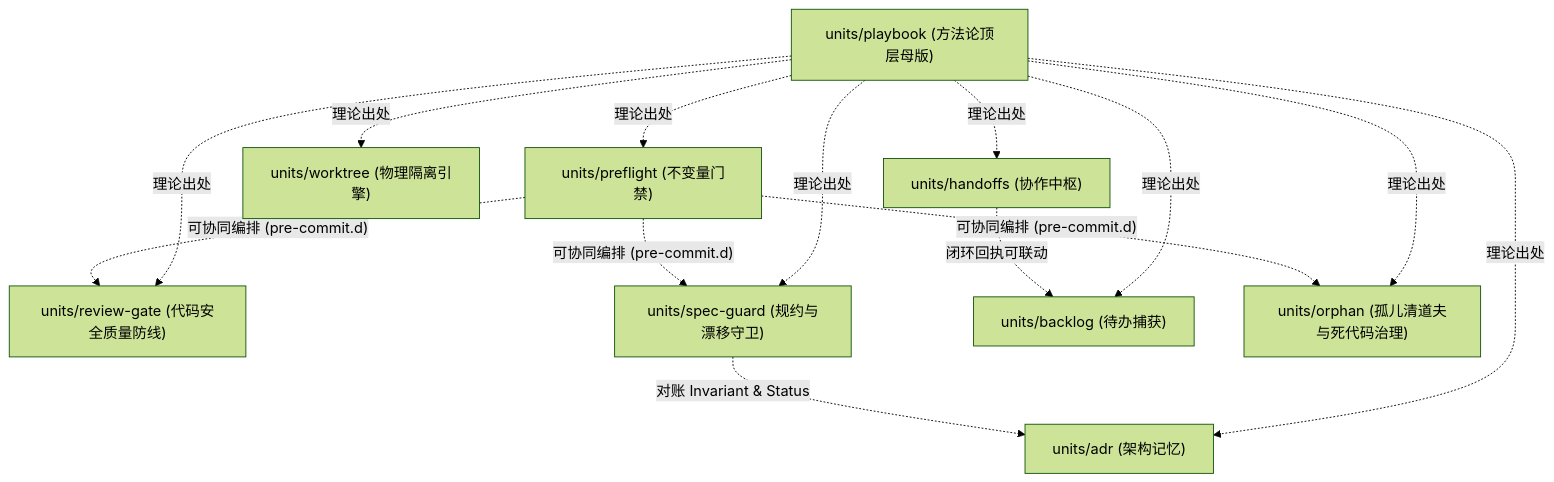
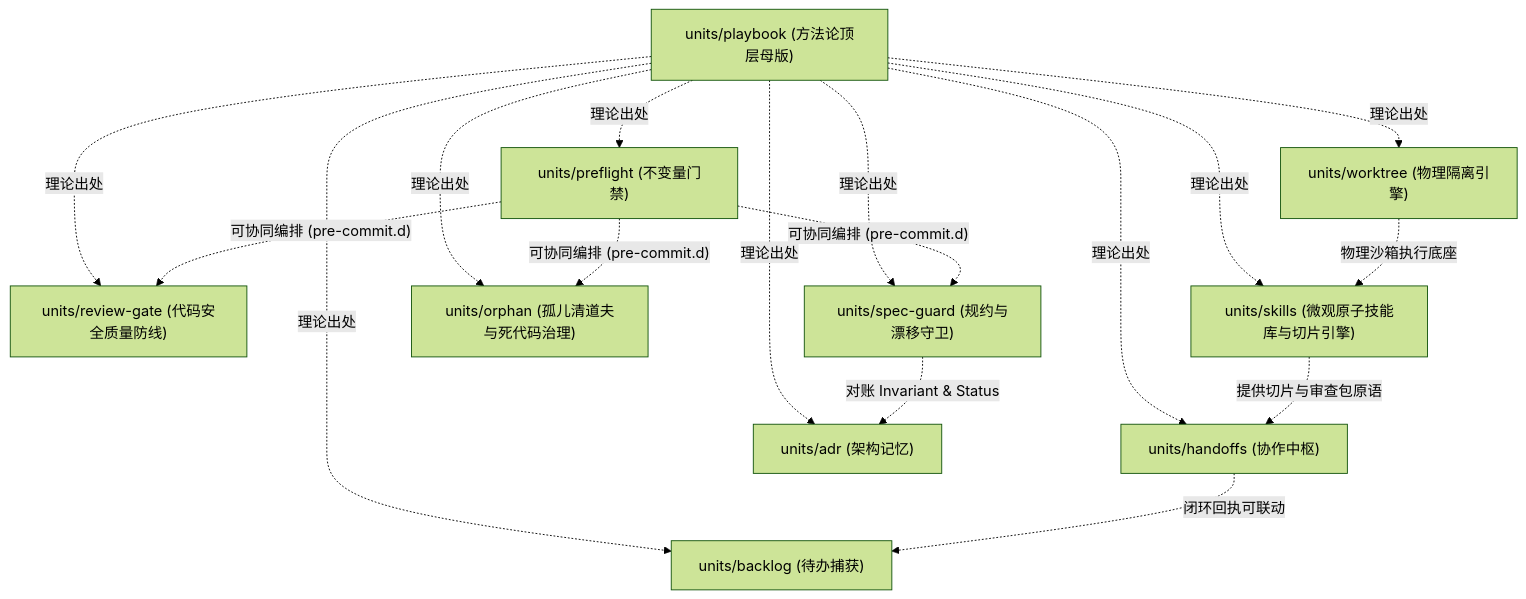
Before and after one commit to ChurzeXo/ReasonWeave: the diagram in group/architecture/dependency-graph.md, drawn with Mermaid (forest theme). The commit also changed other lines of this file and 33 other files, not shown here.

First line of the commit message:
feat(skills): implement units/skills, ADR-0015 dual-core gate and micro-engineering skills

````diff
--- a/group/architecture/dependency-graph.md
+++ b/group/architecture/dependency-graph.md
@@ -7,28 +7,32 @@
 ```mermaid
 graph TD
     PLAYBOOK["units/playbook (方法论顶层母版)"]
     
     HANDOFFS["units/handoffs (协作中枢)"]
     WORKTREE["units/worktree (物理隔离引擎)"]
     PREFLIGHT["units/preflight (不变量门禁)"]
     REVIEW["units/review-gate (代码安全质量防线)"]
     ADR["units/adr (架构记忆)"]
     SPECGUARD["units/spec-guard (规约与漂移守卫)"]
     BACKLOG["units/backlog (待办捕获)"]
     ORPHAN["units/orphan (孤儿清道夫与死代码治理)"]
+    SKILLS["units/skills (微观原子技能库与切片引擎)"]
     
     PLAYBOOK -.->|"理论出处"| PREFLIGHT
     PLAYBOOK -.->|"理论出处"| REVIEW
     PLAYBOOK -.->|"理论出处"| ADR
     PLAYBOOK -.->|"理论出处"| SPECGUARD
     PLAYBOOK -.->|"理论出处"| BACKLOG
     PLAYBOOK -.->|"理论出处"| HANDOFFS
     PLAYBOOK -.->|"理论出处"| WORKTREE
     PLAYBOOK -.->|"理论出处"| ORPHAN
+    PLAYBOOK -.->|"理论出处"| SKILLS
     
+    SKILLS -.->|"提供切片与审查包原语"| HANDOFFS
+    WORKTREE -.->|"物理沙箱执行底座"| SKILLS
     SPECGUARD -.->|"对账 Invariant & Status"| ADR
     PREFLIGHT -.->|"可协同编排 (pre-commit.d)"| SPECGUARD
     PREFLIGHT -.->|"可协同编排 (pre-commit.d)"| REVIEW
     PREFLIGHT -.->|"可协同编排 (pre-commit.d)"| ORPHAN
     HANDOFFS -.->|"闭环回执可联动"| BACKLOG
 ```
````
